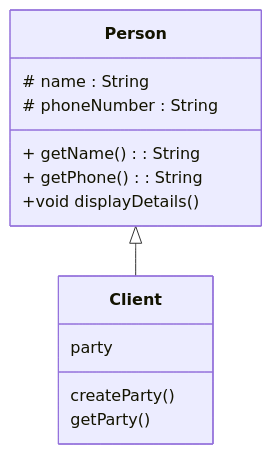
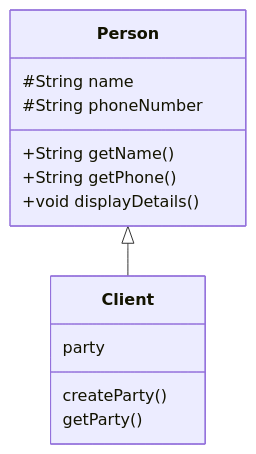
The diagram in README.md (Aljawharah46/CSC113-project-P1), drawn with Mermaid before and after one commit.

````diff
--- a/README.md
+++ b/README.md
@@ -2,18 +2,18 @@
 ```mermaid
 classDiagram
 class Person{
-# name : String
-# phoneNumber : String
-+ getName() : String
-+ getPhone() : String
+#String name
+#String phoneNumber
++String getName()
++String getPhone()
 +void displayDetails()
 }
 
 class Client{
 party
 createParty()
 getParty()
 }
 
 Person <|-- Client
 ```
````
